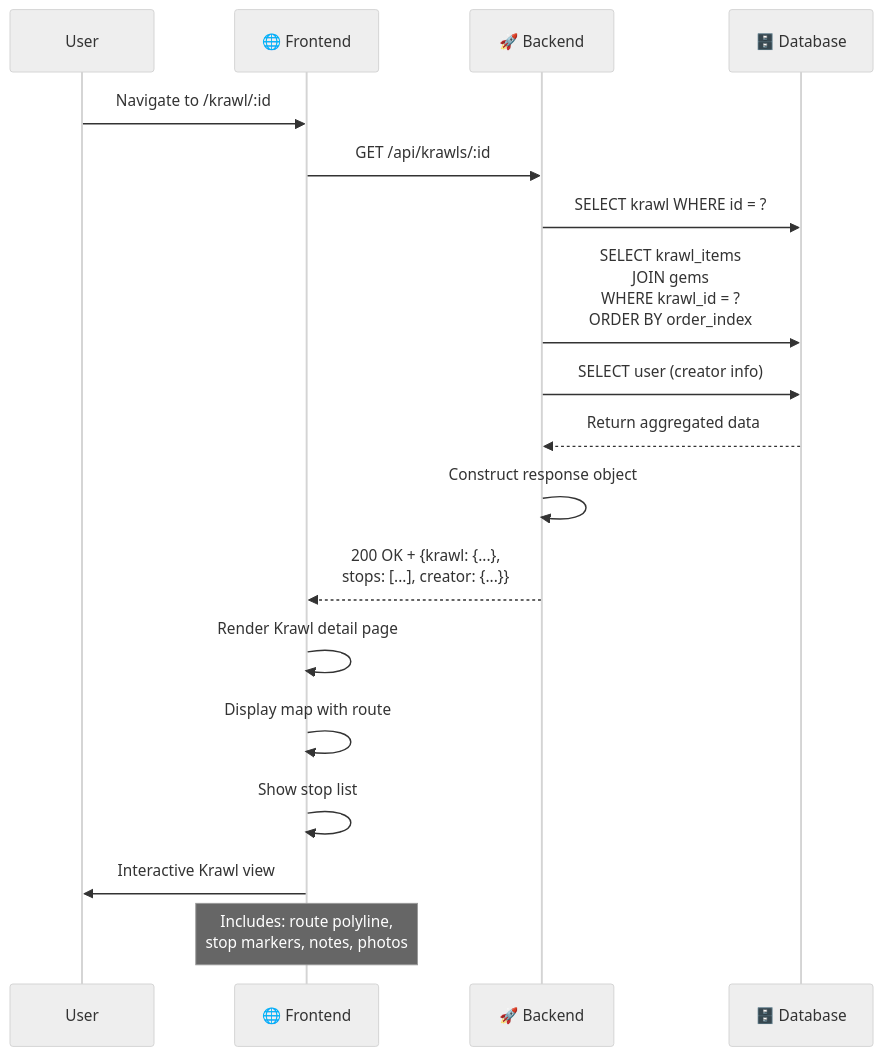
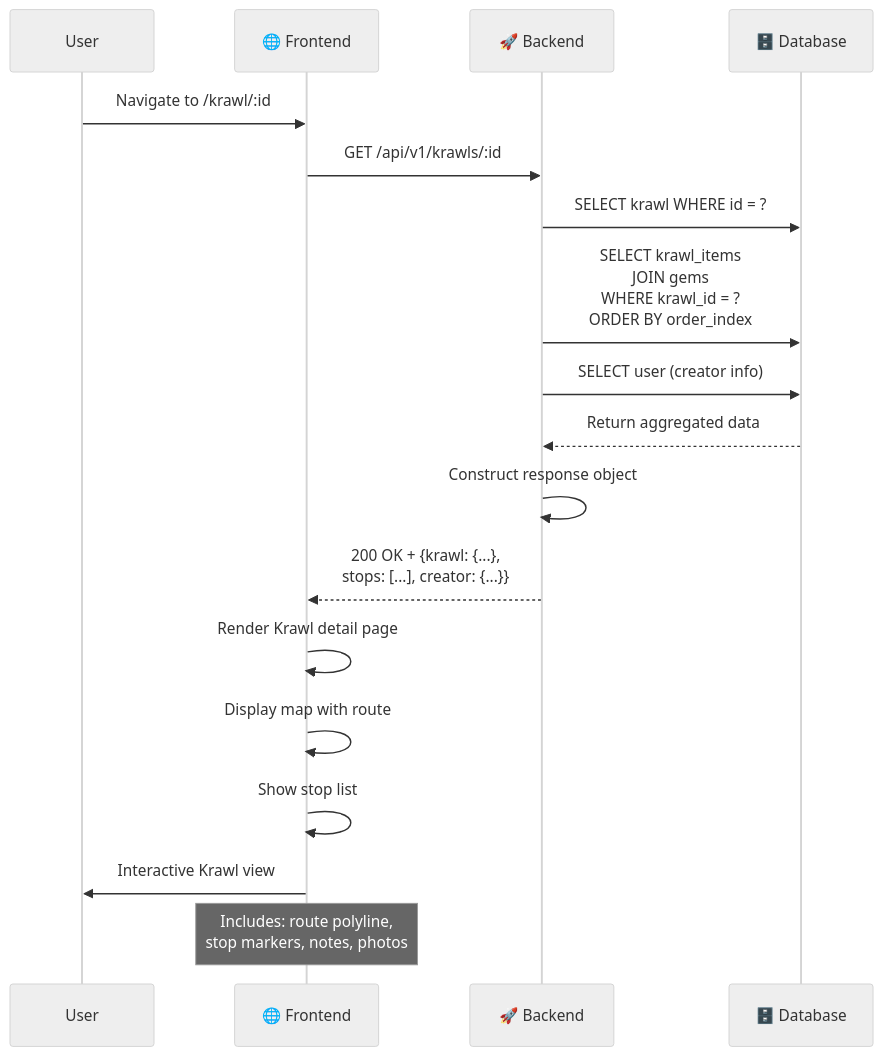
The seventh of 11 diagrams in docs/system-design.md (jlescarlan11/krawl), drawn with Mermaid (neutral theme) before and after one commit. The commit also changed other lines of this file and 40 other files, not shown here.

````diff
--- a/docs/system-design.md
+++ b/docs/system-design.md
@@ -360,22 +360,22 @@
 ```mermaid
 sequenceDiagram
     participant User
     participant FE as 🌐 Frontend
     participant BE as 🚀 Backend
     participant DB as 🗄️ Database
     
     User->>FE: Navigate to /krawl/:id
-    FE->>BE: GET /api/krawls/:id
+    FE->>BE: GET /api/v1/krawls/:id
     BE->>DB: SELECT krawl WHERE id = ?
     BE->>DB: SELECT krawl_items<br/>JOIN gems<br/>WHERE krawl_id = ?<br/>ORDER BY order_index
     BE->>DB: SELECT user (creator info)
     DB-->>BE: Return aggregated data
     BE->>BE: Construct response object
     BE-->>FE: 200 OK + {krawl: {...},<br/>stops: [...], creator: {...}}
     FE->>FE: Render Krawl detail page
     FE->>FE: Display map with route
     FE->>FE: Show stop list
     FE->>User: Interactive Krawl view
     
     Note over FE: Includes: route polyline,<br/>stop markers, notes, photos
 ```
````
